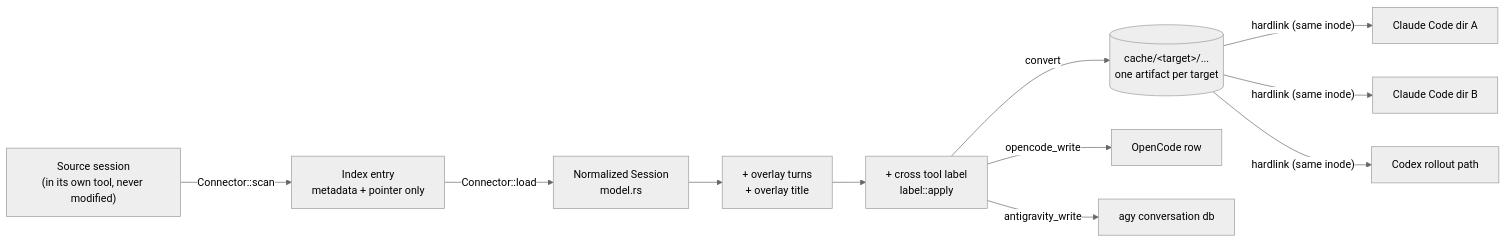
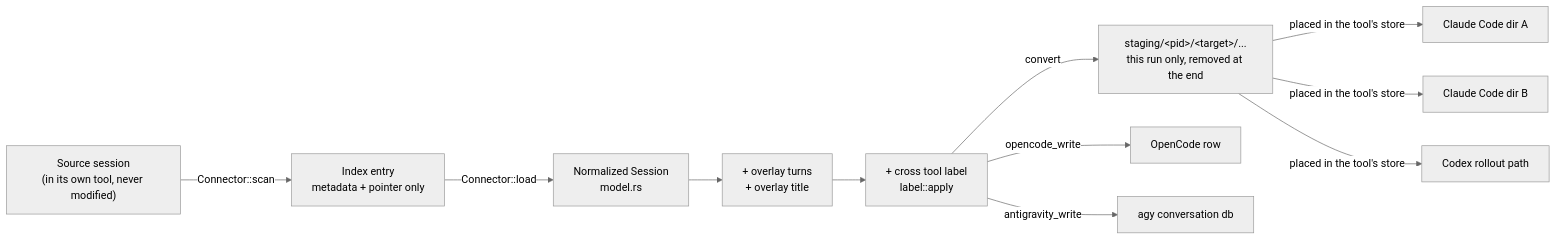
One commit to 45Harry/agentbridge changed the third of 12 diagrams in ARCHITECTURE.md. Above: the diagram before and after it, drawn with Mermaid (neutral theme). The commit also changed other lines of this file and 1 other file, not shown here.

First line of the commit message:
docs: bring ARCHITECTURE.md in line with the code

````diff
--- a/ARCHITECTURE.md
+++ b/ARCHITECTURE.md
@@ -97,22 +97,22 @@
 ```mermaid
 flowchart LR
     src["Source session<br/>(in its own tool, never modified)"]
     idx["Index entry<br/>metadata + pointer only"]
     norm["Normalized Session<br/>model.rs"]
     ovl["+ overlay turns<br/>+ overlay title"]
     lbl["+ cross tool label<br/>label::apply"]
-    cache[("cache/&lt;target&gt;/...<br/>one artifact per target")]
+    stage["staging/&lt;pid&gt;/&lt;target&gt;/...<br/>this run only, removed at the end"]
     d1["Claude Code dir A"]
     d2["Claude Code dir B"]
     d3["Codex rollout path"]
     oc["OpenCode row"]
     ag["agy conversation db"]
 
     src -->|"Connector::scan"| idx
     idx -->|"Connector::load"| norm
     norm --> ovl --> lbl
-    lbl -->|"convert"| cache
-    cache -->|"hardlink (same inode)"| d1 & d2 & d3
+    lbl -->|"convert"| stage
+    stage -->|"placed in the tool's store"| d1 & d2 & d3
     lbl -->|"opencode_write"| oc
     lbl -->|"antigravity_write"| ag
 ```
````
